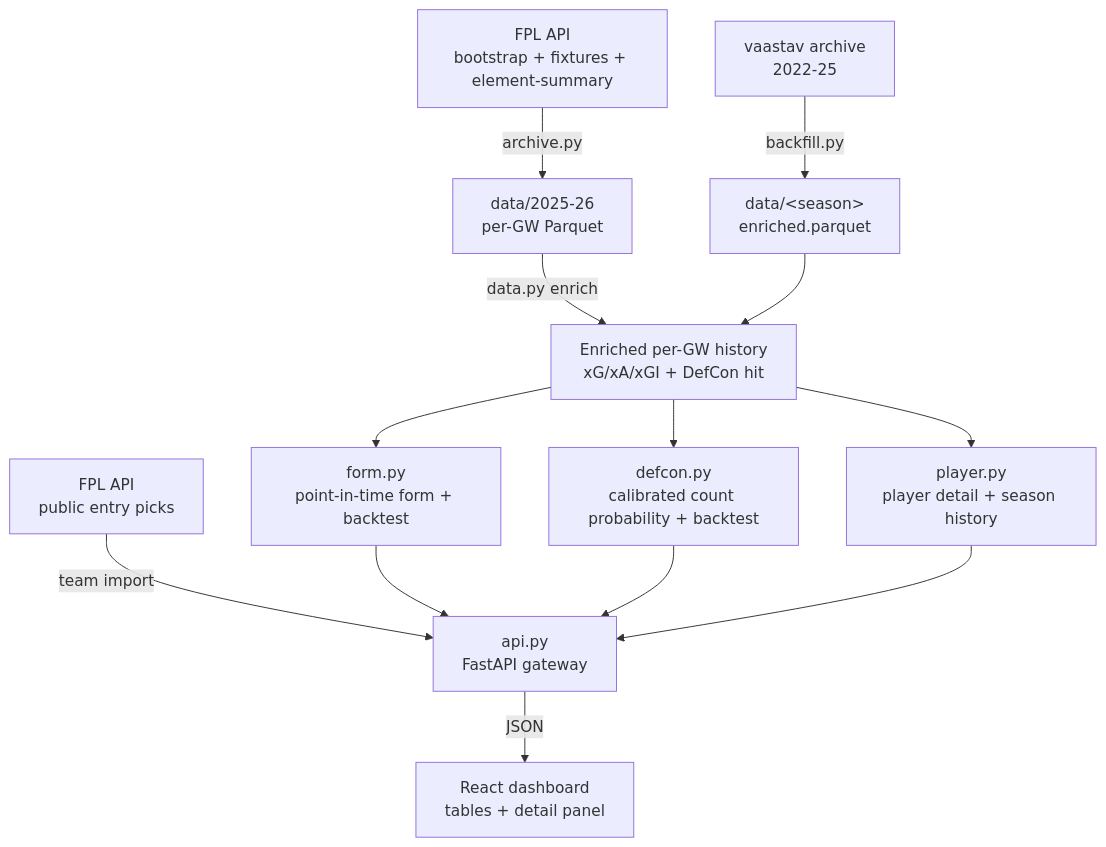
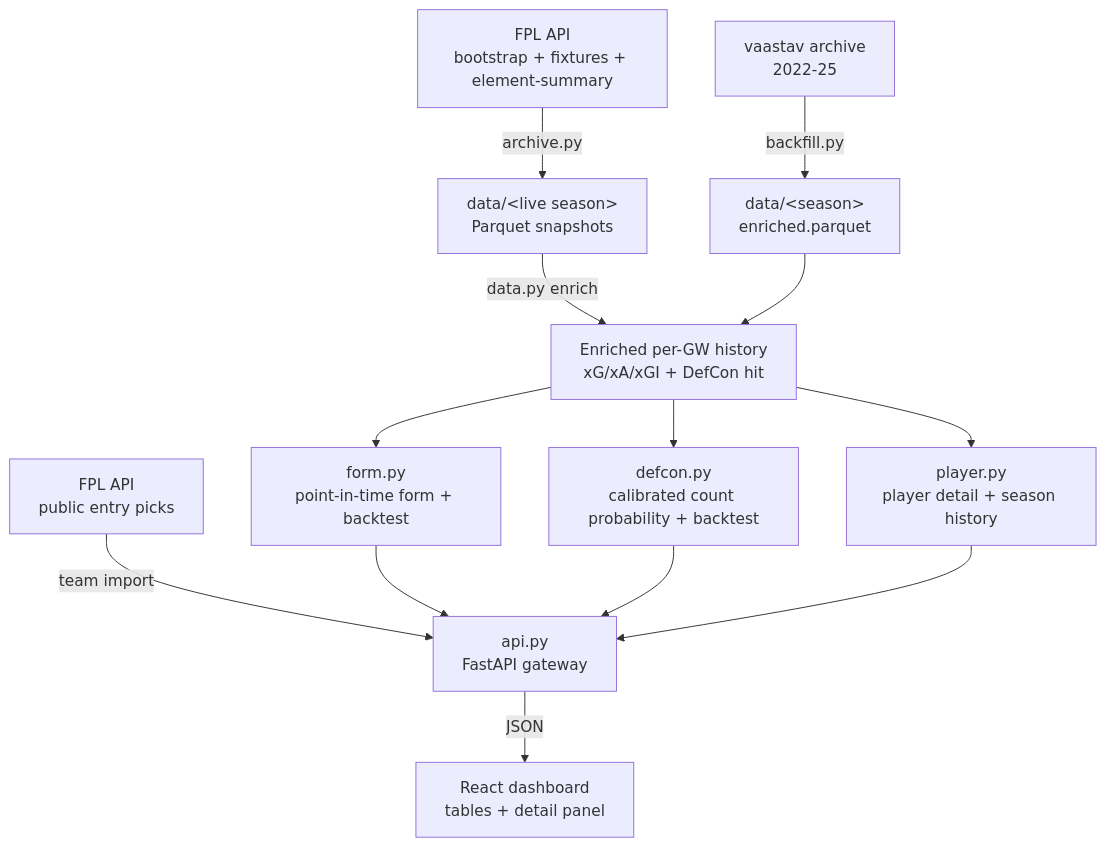
One commit to IsaacCheng9/fpl-analytics-engine changed the diagram in README.md. Above: the diagram before and after it, drawn with Mermaid. The commit also changed other lines of this file and 20 other files, not shown here.

````diff
--- a/README.md
+++ b/README.md
@@ -202,15 +202,15 @@
 ```mermaid
 flowchart TD
-    fpl[FPL API<br/>bootstrap + fixtures + element-summary] -->|archive.py| snap[data/2025-26<br/>per-GW Parquet]
+    fpl[FPL API<br/>bootstrap + fixtures + element-summary] -->|archive.py| snap[data/&lt;live season&gt;<br/>Parquet snapshots]
     picks[FPL API<br/>public entry picks] -->|team import| api
     vaastav[vaastav archive<br/>2022-25] -->|backfill.py| hist[data/&lt;season&gt;<br/>enriched.parquet]
     snap -->|data.py enrich| enriched[Enriched per-GW history<br/>xG/xA/xGI + DefCon hit]
     hist --> enriched
     enriched --> formmod[form.py<br/>point-in-time form + backtest]
     enriched --> defconmod[defcon.py<br/>calibrated count probability + backtest]
     enriched --> playermod[player.py<br/>player detail + season history]
     formmod --> api[api.py<br/>FastAPI gateway]
     defconmod --> api
     playermod --> api
     api -->|JSON| ui[React dashboard<br/>tables + detail panel]
 ```
````
